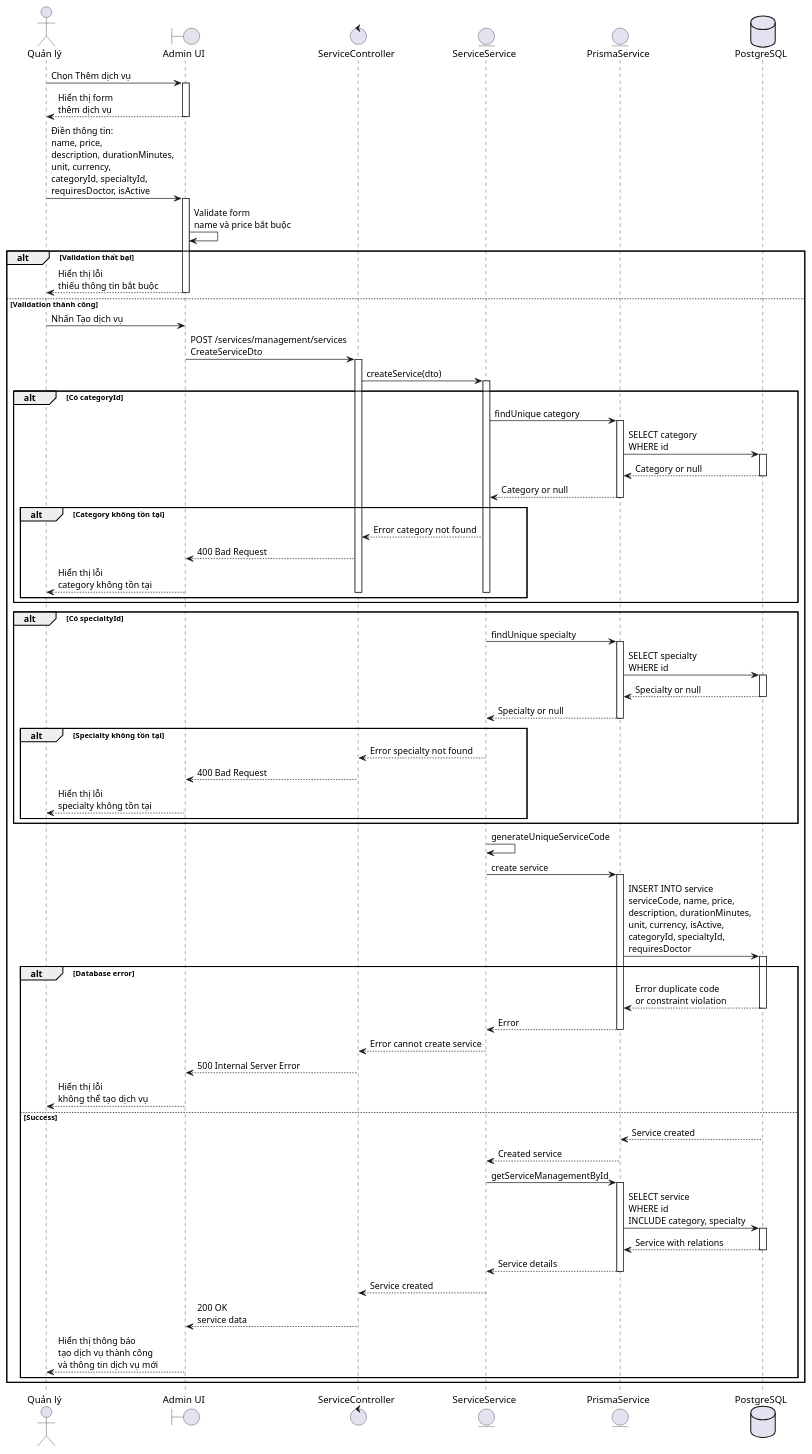
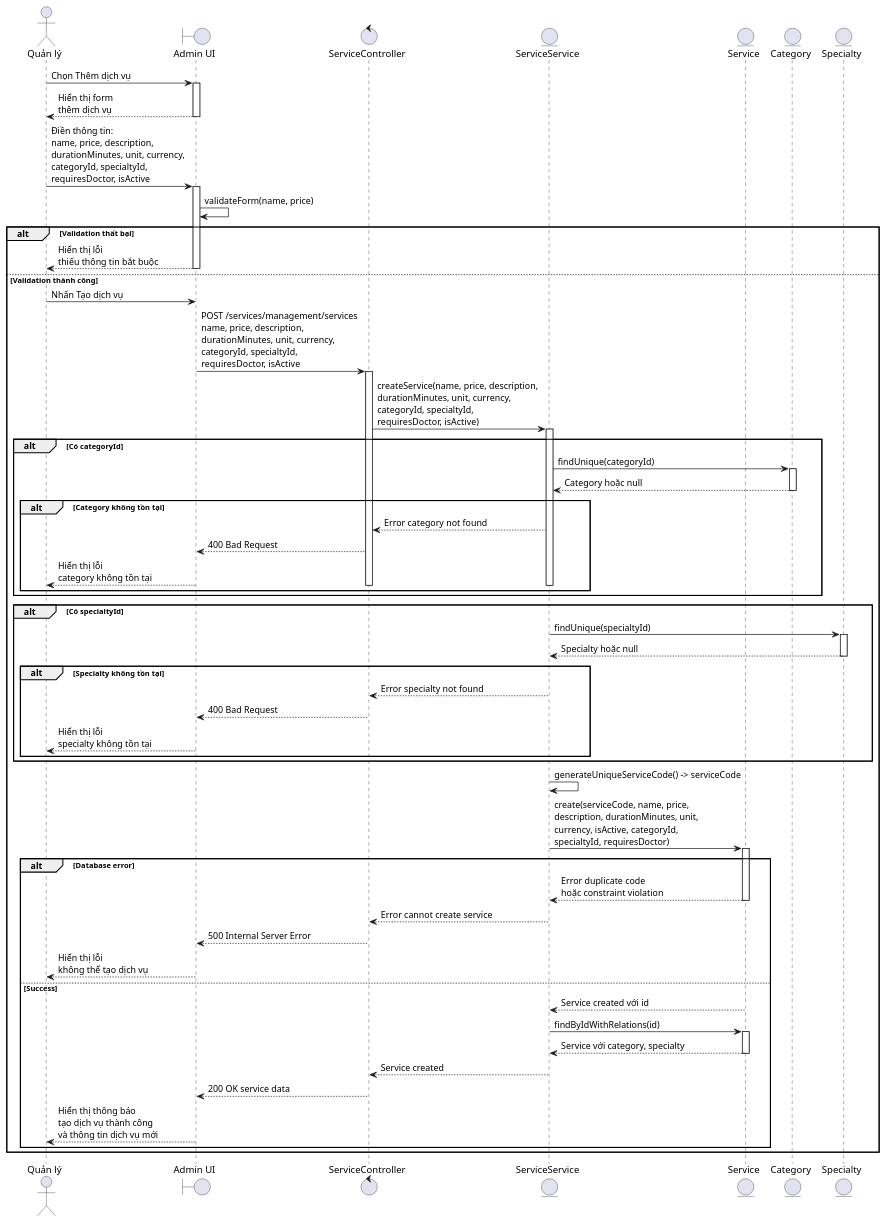
One commit to iamKhang/revita-be changed the diagram in docs/create-service-sequence.puml. Above: the diagram before and after it, drawn with PlantUML. The commit also changed 4 other files, not shown here.

```diff
--- a/docs/create-service-sequence.puml
+++ b/docs/create-service-sequence.puml
@@ -1,125 +1,105 @@
 @startuml createServiceSequence
 
 actor "Quản lý" as Admin
 
 boundary "Admin UI" as UI
 control "ServiceController" as Controller
 entity "ServiceService" as Service
-entity "PrismaService" as Prisma
-database "PostgreSQL" as DB
+entity "Service" as ServiceEntity
+entity "Category" as Category
+entity "Specialty" as Specialty
 
 
 Admin -> UI: Chọn Thêm dịch vụ
 activate UI
 
 UI --> Admin: Hiển thị form\nthêm dịch vụ
 deactivate UI
 
-Admin -> UI: Điền thông tin:\nname, price,\ndescription, durationMinutes,\nunit, currency,\ncategoryId, specialtyId,\nrequiresDoctor, isActive
+Admin -> UI: Điền thông tin:\nname, price, description,\ndurationMinutes, unit, currency,\ncategoryId, specialtyId,\nrequiresDoctor, isActive
 activate UI
 
-UI -> UI: Validate form\nname và price bắt buộc
+UI -> UI: validateForm(name, price)
 
 alt Validation thất bại
     UI --> Admin: Hiển thị lỗi\nthiếu thông tin bắt buộc
     deactivate UI
 else Validation thành công
     Admin -> UI: Nhấn Tạo dịch vụ
 
-    UI -> Controller: POST /services/management/services\nCreateServiceDto
+    UI -> Controller: POST /services/management/services\nname, price, description,\ndurationMinutes, unit, currency,\ncategoryId, specialtyId,\nrequiresDoctor, isActive
     activate Controller
 
-    Controller -> Service: createService(dto)
+    Controller -> Service: createService(name, price, description,\ndurationMinutes, unit, currency,\ncategoryId, specialtyId,\nrequiresDoctor, isActive)
     activate Service
 
     alt Có categoryId
-        Service -> Prisma: findUnique category
-        activate Prisma
-        Prisma -> DB: SELECT category\nWHERE id
-        activate DB
-        DB --> Prisma: Category or null
-        deactivate DB
-        Prisma --> Service: Category or null
-        deactivate Prisma
+        Service -> Category: findUnique(categoryId)
+        activate Category
+        Category --> Service: Category hoặc null
+        deactivate Category
 
         alt Category không tồn tại
             Service --> Controller: Error category not found
             Controller --> UI: 400 Bad Request
             UI --> Admin: Hiển thị lỗi\ncategory không tồn tại
             deactivate UI
             deactivate Controller
             deactivate Service
         end
     end
 
     alt Có specialtyId
-        Service -> Prisma: findUnique specialty
-        activate Prisma
-        Prisma -> DB: SELECT specialty\nWHERE id
-        activate DB
-        DB --> Prisma: Specialty or null
-        deactivate DB
-        Prisma --> Service: Specialty or null
-        deactivate Prisma
+        Service -> Specialty: findUnique(specialtyId)
+        activate Specialty
+        Specialty --> Service: Specialty hoặc null
+        deactivate Specialty
 
         alt Specialty không tồn tại
             Service --> Controller: Error specialty not found
             Controller --> UI: 400 Bad Request
             UI --> Admin: Hiển thị lỗi\nspecialty không tồn tại
             deactivate UI
             deactivate Controller
             deactivate Service
         end
     end
 
-    Service -> Service: generateUniqueServiceCode
+    Service -> Service: generateUniqueServiceCode() -> serviceCode
 
-    Service -> Prisma: create service
-    activate Prisma
-
-    Prisma -> DB: INSERT INTO service\nserviceCode, name, price,\ndescription, durationMinutes,\nunit, currency, isActive,\ncategoryId, specialtyId,\nrequiresDoctor
-    activate DB
+    Service -> ServiceEntity: create(serviceCode, name, price,\ndescription, durationMinutes, unit,\ncurrency, isActive, categoryId,\nspecialtyId, requiresDoctor)
+    activate ServiceEntity
 
     alt Database error
-        DB --> Prisma: Error duplicate code\nor constraint violation
-        deactivate DB
-        Prisma --> Service: Error
-        deactivate Prisma
+        ServiceEntity --> Service: Error duplicate code\nhoặc constraint violation
+        deactivate ServiceEntity
 
         Service --> Controller: Error cannot create service
         deactivate Service
 
         Controller --> UI: 500 Internal Server Error
         deactivate Controller
 
         UI --> Admin: Hiển thị lỗi\nkhông thể tạo dịch vụ
         deactivate UI
     else Success
-        DB --> Prisma: Service created
-        deactivate DB
-        Prisma --> Service: Created service
-        deactivate Prisma
+        ServiceEntity --> Service: Service created với id
+        deactivate ServiceEntity
 
-        Service -> Prisma: getServiceManagementById
-        activate Prisma
-
-        Prisma -> DB: SELECT service\nWHERE id\nINCLUDE category, specialty
-        activate DB
-        DB --> Prisma: Service with relations
-        deactivate DB
-
-        Prisma --> Service: Service details
-        deactivate Prisma
+        Service -> ServiceEntity: findByIdWithRelations(id)
+        activate ServiceEntity
+        ServiceEntity --> Service: Service với category, specialty
+        deactivate ServiceEntity
 
         Service --> Controller: Service created
         deactivate Service
 
-        Controller --> UI: 200 OK\nservice data
+        Controller --> UI: 200 OK service data
         deactivate Controller
 
         UI --> Admin: Hiển thị thông báo\ntạo dịch vụ thành công\nvà thông tin dịch vụ mới
         deactivate UI
     end
 end
 
 @enduml
```
